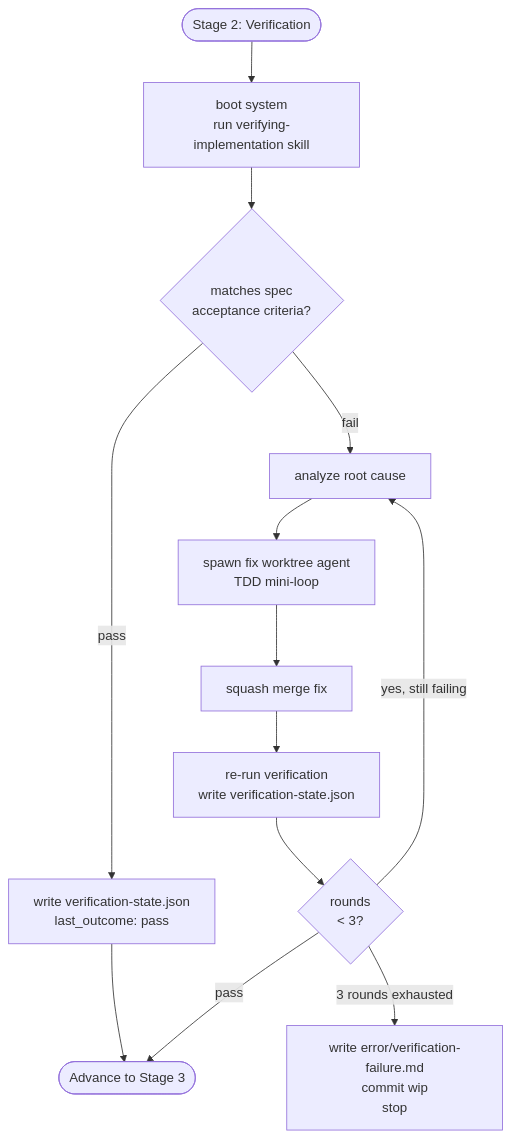
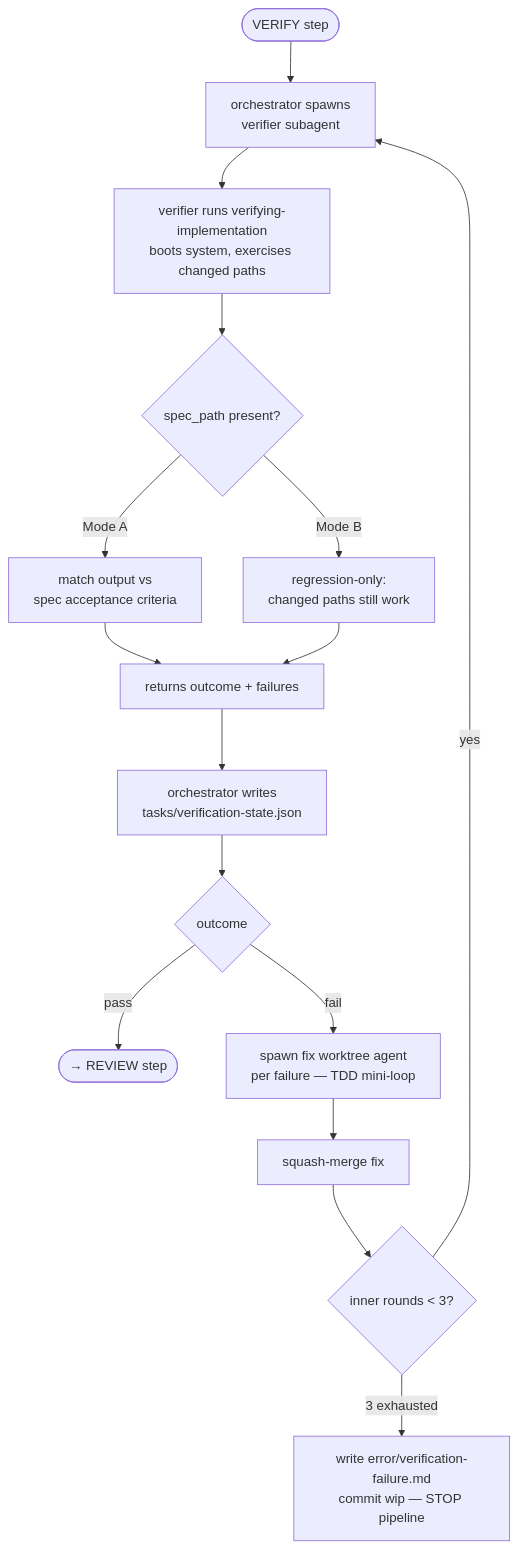
One commit to SG-Agent-Studio/autonomous-development-loop changed the fourth of 7 diagrams in docs/architecture/001-agent-workflow.md. Above: the diagram before and after it, drawn with Mermaid. The commit also changed other lines of this file and 2 other files, not shown here.

First line of the commit message:
docs(architecture): sync with stage 2/3 refactor (#11)

````diff
--- a/docs/architecture/001-agent-workflow.md
+++ b/docs/architecture/001-agent-workflow.md
@@ -70,18 +112,17 @@
 ```mermaid
 flowchart TD
-    S2([Stage 2: Verification]) --> BOOT[boot system\nrun verifying-implementation skill]
-    BOOT --> VS{matches spec\nacceptance criteria?}
-    VS -->|pass| VSWRITE[write verification-state.json\nlast_outcome: pass]
-    VSWRITE --> S3
-
-    VS -->|fail| ANALYZE[analyze root cause]
-    ANALYZE --> FIXWT[spawn fix worktree agent\nTDD mini-loop]
-    FIXWT --> SM2[squash merge fix]
-    SM2 --> RERUN[re-run verification\nwrite verification-state.json]
-    RERUN --> R2{rounds\n< 3?}
-    R2 -->|yes, still failing| ANALYZE
-    R2 -->|pass| S3
-    R2 -->|3 rounds exhausted| VF[write error/verification-failure.md\ncommit wip\nstop]
-
-    S3([Advance to Stage 3])
+    V0([VERIFY step]) --> VSPAWN[orchestrator spawns\nverifier subagent]
+    VSPAWN --> VRUN[verifier runs verifying-implementation\nboots system, exercises changed paths]
+    VRUN --> VMODE{spec_path present?}
+    VMODE -->|Mode A| VMATCH[match output vs\nspec acceptance criteria]
+    VMODE -->|Mode B| VREG[regression-only:\nchanged paths still work]
+    VMATCH & VREG --> VRET[returns outcome + failures]
+    VRET --> VWRITE[orchestrator writes\ntasks/verification-state.json]
+    VWRITE --> VRES{outcome}
+    VRES -->|pass| RPASS([→ REVIEW step])
+    VRES -->|fail| VFIX[spawn fix worktree agent\nper failure — TDD mini-loop]
+    VFIX --> VSM[squash-merge fix]
+    VSM --> VRR{inner rounds < 3?}
+    VRR -->|yes| VSPAWN
+    VRR -->|3 exhausted| VHALT[write error/verification-failure.md\ncommit wip — STOP pipeline]
 ```
````
